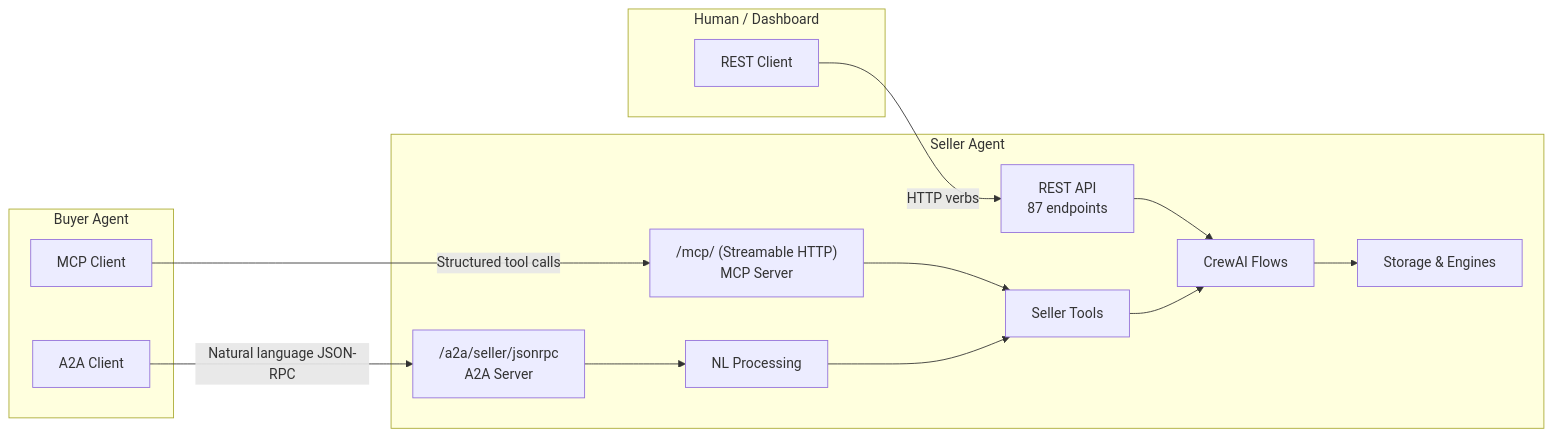
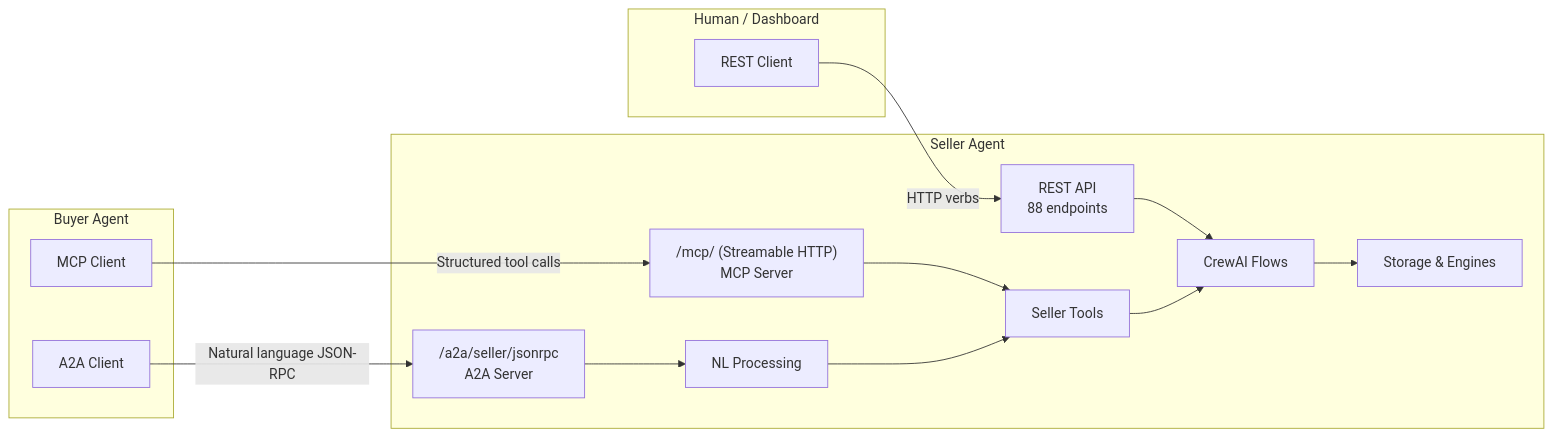
The first of 3 diagrams in docs/architecture/overview.md (IABTechLab/seller-agent), drawn with Mermaid before and after one commit. The commit also changed other lines of this file and 5 other files, not shown here.

````diff
--- a/docs/architecture/overview.md
+++ b/docs/architecture/overview.md
@@ -9,32 +9,32 @@
 ```mermaid
 graph LR
     subgraph "Buyer Agent"
         MCP_C[MCP Client]
         A2A_C[A2A Client]
     end
 
     subgraph "Human / Dashboard"
         REST_C[REST Client]
     end
 
     subgraph "Seller Agent"
         MCP_S["/mcp/ (Streamable HTTP)<br/>MCP Server"]
         A2A_S["/a2a/seller/jsonrpc<br/>A2A Server"]
-        REST_S["REST API<br/>87 endpoints"]
+        REST_S["REST API<br/>88 endpoints"]
         NLP[NL Processing]
         TOOLS[Seller Tools]
         FLOWS[CrewAI Flows]
         INFRA[Storage & Engines]
     end
 
     MCP_C -->|Structured tool calls| MCP_S
     A2A_C -->|Natural language JSON-RPC| A2A_S
     REST_C -->|HTTP verbs| REST_S
 
     MCP_S --> TOOLS
     A2A_S --> NLP --> TOOLS
     REST_S --> FLOWS
 
     TOOLS --> FLOWS
     FLOWS --> INFRA
 ```
````
